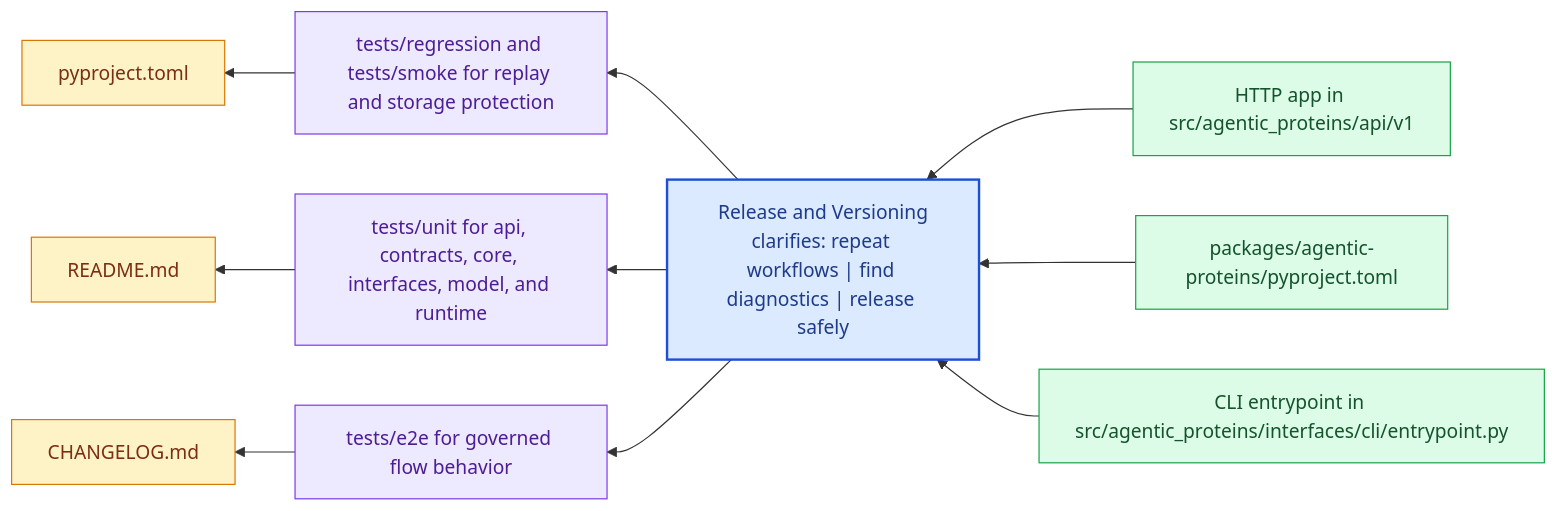
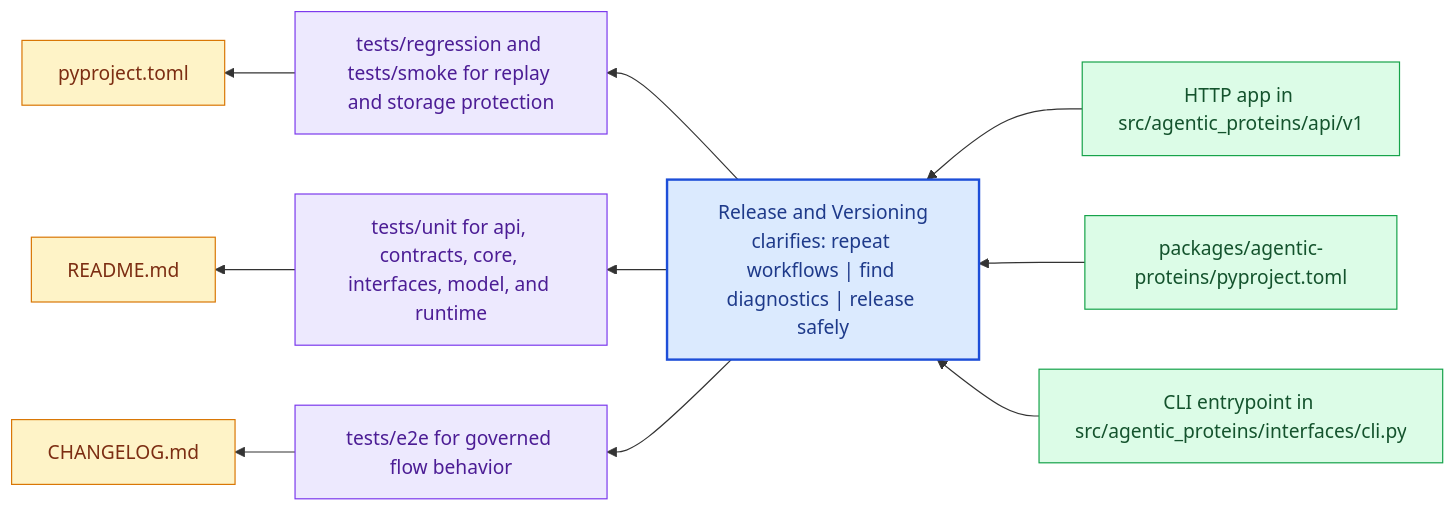
Before and after one commit to bijux/bijux-proteomics: the diagram in docs/agentic-proteins/operations/release-and-versioning.md, drawn with Mermaid. The commit also changed 24 other files, not shown here.

Commit message:
docs(agentic-proteins): deepen runtime handbook and align execution anchors to real modules

````diff
--- a/docs/agentic-proteins/operations/release-and-versioning.md
+++ b/docs/agentic-proteins/operations/release-and-versioning.md
@@ -23,31 +23,31 @@
 ```mermaid
 flowchart RL
     page["Release and Versioning<br/>clarifies: repeat workflows | find diagnostics | release safely"]
     classDef page fill:#dbeafe,stroke:#1d4ed8,color:#1e3a8a,stroke-width:2px;
     classDef positive fill:#dcfce7,stroke:#16a34a,color:#14532d;
     classDef caution fill:#fee2e2,stroke:#dc2626,color:#7f1d1d;
     classDef anchor fill:#ede9fe,stroke:#7c3aed,color:#4c1d95;
     classDef action fill:#fef3c7,stroke:#d97706,color:#7c2d12;
     step1["HTTP app in src/agentic_proteins/api/v1"]
     step1 --> page
     step2["packages/agentic-proteins/pyproject.toml"]
     step2 --> page
-    step3["CLI entrypoint in src/agentic_proteins/interfaces/cli/entrypoint.py"]
+    step3["CLI entrypoint in src/agentic_proteins/interfaces/cli.py"]
     step3 --> page
     run1["tests/regression and tests/smoke for replay and storage protection"]
     page --> run1
     run2["tests/unit for api, contracts, core, interfaces, model, and runtime"]
     page --> run2
     run3["tests/e2e for governed flow behavior"]
     page --> run3
     release1["pyproject.toml"]
     run1 --> release1
     release2["README.md"]
     run2 --> release2
     release3["CHANGELOG.md"]
     run3 --> release3
     class page page;
     class step1,step2,step3 positive;
     class run1,run2,run3 anchor;
     class release1,release2,release3 action;
 ```
````
